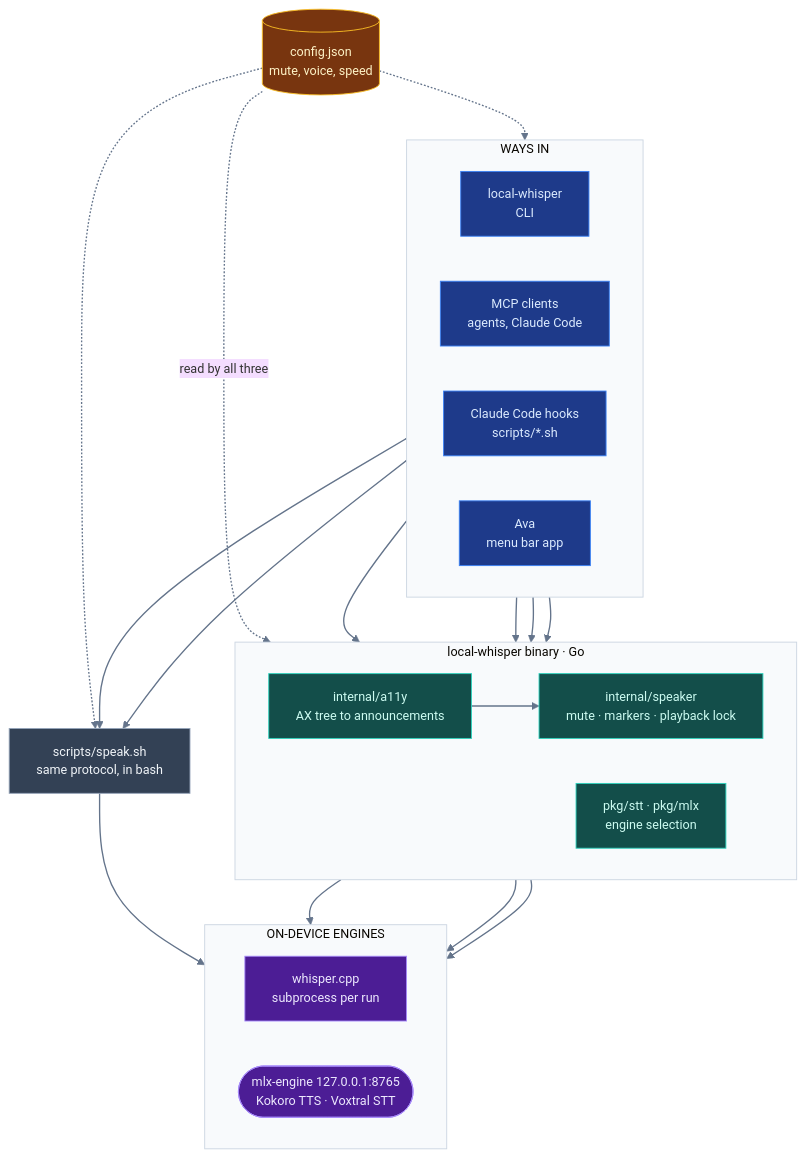
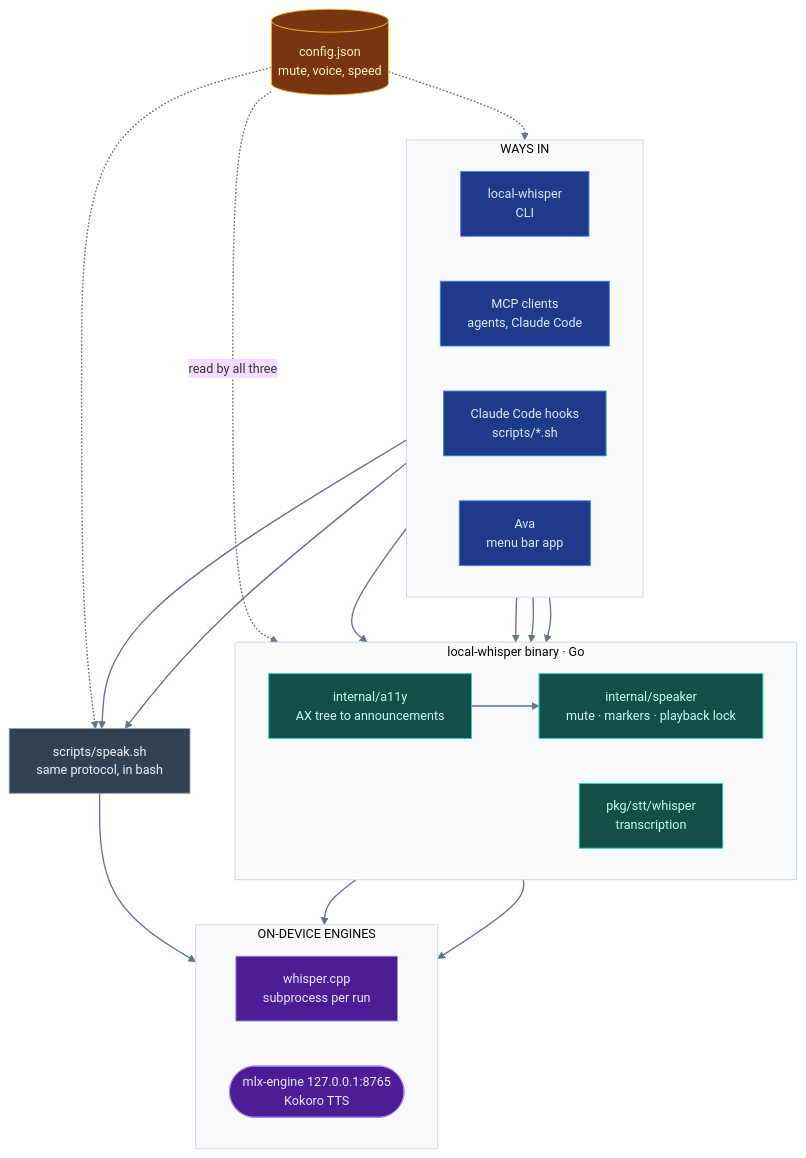
Before and after one commit to iksnerd/ava: the diagram in README.md, drawn with Mermaid. The commit also changed other lines of this file and 26 other files, not shown here.

First line of the commit message:
Drop the Voxtral transcription engine; whisper.cpp was 13x faster

````diff
--- a/README.md
+++ b/README.md
@@ -90,57 +89,56 @@
 ```mermaid
 %%{init: {'theme':'base','themeVariables':{'lineColor':'#64748b','clusterBkg':'#f8fafc','clusterBorder':'#cbd5e1','fontSize':'14px'}}}%%
 flowchart TB
     subgraph doors["WAYS IN"]
         direction LR
         cli["local-whisper<br/>CLI"]
         mcpc["MCP clients<br/>agents, Claude Code"]
         hooks["Claude Code hooks<br/>scripts/*.sh"]
         app["Ava<br/>menu bar app"]
     end
 
     subgraph gobin["local-whisper binary · Go"]
         direction LR
         speaker["internal/speaker<br/>mute · markers · playback lock"]
-        engsel["pkg/stt · pkg/mlx<br/>engine selection"]
+        engsel["pkg/stt/whisper<br/>transcription"]
         a11y["internal/a11y<br/>AX tree to announcements"]
     end
 
     speaksh["scripts/speak.sh<br/>same protocol, in bash"]
     cfg[("config.json<br/>mute, voice, speed")]
 
     subgraph engines["ON-DEVICE ENGINES"]
         direction LR
         whispercpp["whisper.cpp<br/>subprocess per run"]
-        mlx(["mlx-engine 127.0.0.1:8765<br/>Kokoro TTS · Voxtral STT"])
+        mlx(["mlx-engine 127.0.0.1:8765<br/>Kokoro TTS"])
     end
 
     cli ==> speaker
     cli ==> engsel
     mcpc ==> speaker
     mcpc ==> a11y
     a11y ==> speaker
     hooks ==> speaksh
     app ==> speaksh
 
     speaker ==> mlx
     speaksh ==> mlx
     engsel ==> whispercpp
-    engsel ==> mlx
 
     cfg -. "read by all three" .-> speaker
     cfg -. " " .-> speaksh
     cfg -. " " .-> app
 
     classDef door fill:#1e3a8a,stroke:#3b82f6,color:#dbeafe;
     classDef go fill:#134e4a,stroke:#2dd4bf,color:#ccfbf1;
     classDef engine fill:#4c1d95,stroke:#a78bfa,color:#ede9fe;
     classDef store fill:#78350f,stroke:#fbbf24,color:#fef3c7;
     classDef shell fill:#334155,stroke:#94a3b8,color:#f1f5f9;
 
     class cli,mcpc,hooks,app door;
     class speaker,engsel,a11y go;
     class whispercpp,mlx engine;
     class cfg store;
     class speaksh shell;
     linkStyle default stroke:#64748b,stroke-width:1.5px;
 ```
````
